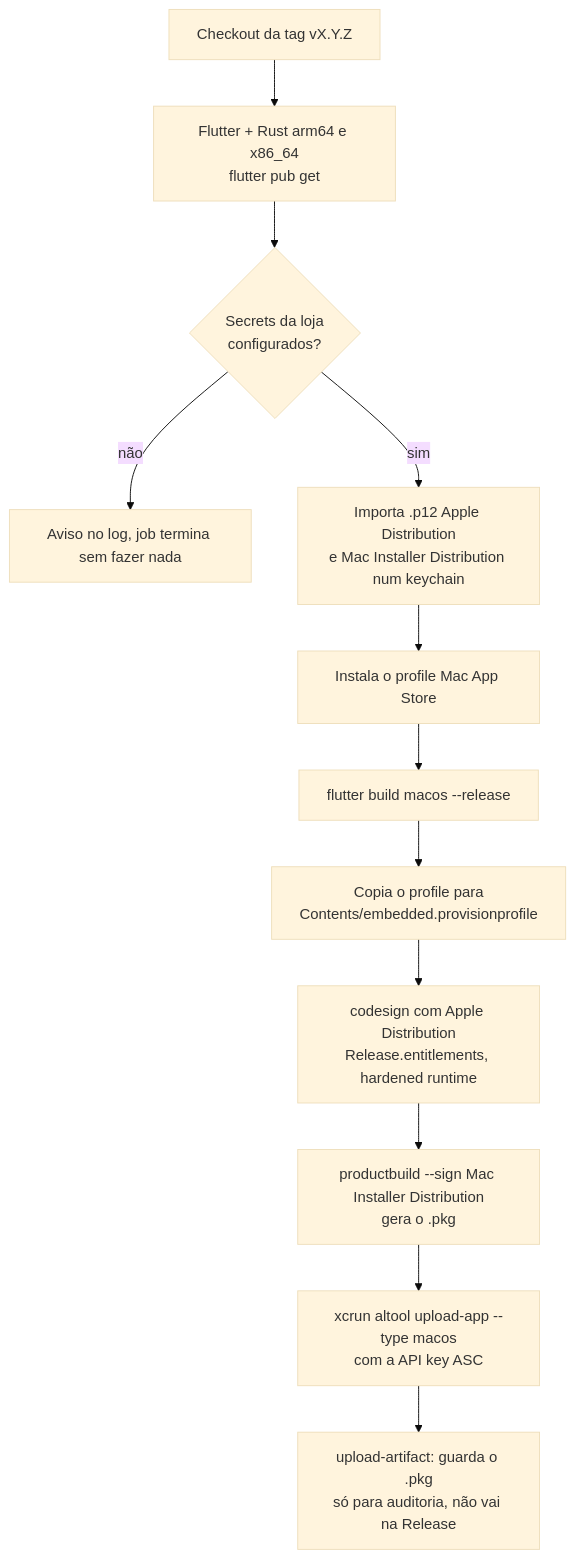
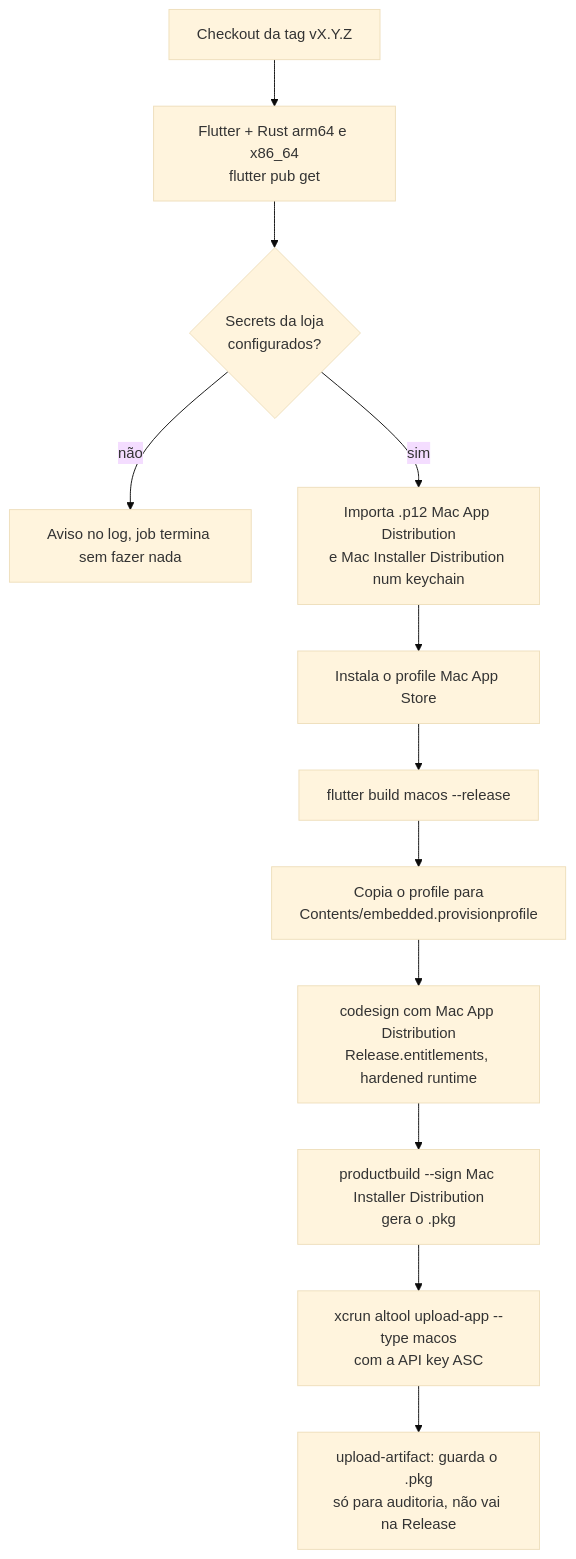
One commit to marcelofmatos/imfxtech-chat changed the second of 3 diagrams in docs/MACOS_APPSTORE_RELEASE.md. Above: the diagram before and after it, drawn with Mermaid (base theme). The commit also changed other lines of this file and 1 other file, not shown here.

First line of the commit message:
fix(macos): usa certificado dedicado pra assinar o app na Mac App Store

````diff
--- a/docs/MACOS_APPSTORE_RELEASE.md
+++ b/docs/MACOS_APPSTORE_RELEASE.md
@@ -139,14 +158,14 @@
 ```mermaid
 flowchart TD
     A["Checkout da tag vX.Y.Z"] --> B["Flutter + Rust arm64 e x86_64<br/>flutter pub get"]
     B --> C{"Secrets da loja<br/>configurados?"}
     C -- não --> Z["Aviso no log, job termina sem fazer nada"]
-    C -- sim --> D["Importa .p12 Apple Distribution<br/>e Mac Installer Distribution num keychain"]
+    C -- sim --> D["Importa .p12 Mac App Distribution<br/>e Mac Installer Distribution num keychain"]
     D --> E["Instala o profile Mac App Store"]
     E --> F["flutter build macos --release"]
     F --> G["Copia o profile para<br/>Contents/embedded.provisionprofile"]
-    G --> H["codesign com Apple Distribution<br/>Release.entitlements, hardened runtime"]
+    G --> H["codesign com Mac App Distribution<br/>Release.entitlements, hardened runtime"]
     H --> I["productbuild --sign Mac Installer Distribution<br/>gera o .pkg"]
     I --> J["xcrun altool upload-app --type macos<br/>com a API key ASC"]
     J --> K["upload-artifact: guarda o .pkg<br/>só para auditoria, não vai na Release"]
 ```
````
